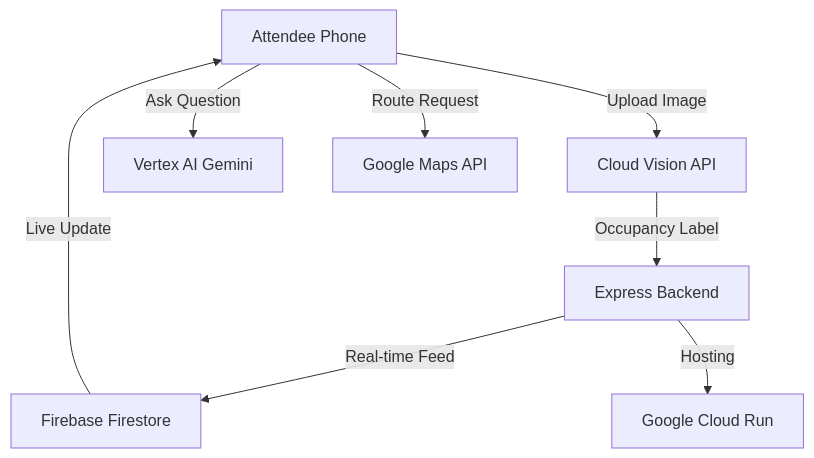
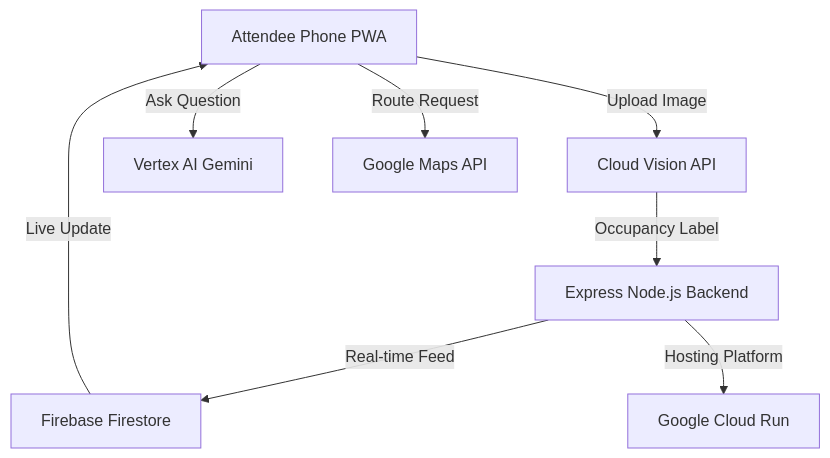
The diagram in README.md (abhishekdecodes/Crowdflow), drawn with Mermaid before and after one commit. The commit also changed other lines of this file, not shown here.

````diff
--- a/README.md
+++ b/README.md
@@ -9,10 +20,10 @@
 ```mermaid
 graph TD
-    A[Attendee Phone] -->|Upload Image| B[Cloud Vision API]
+    A[Attendee Phone PWA] -->|Upload Image| B[Cloud Vision API]
     A -->|Ask Question| C[Vertex AI Gemini]
-    B -->|Occupancy Label| D[Express Backend]
+    B -->|Occupancy Label| D[Express Node.js Backend]
     D -->|Real-time Feed| E[Firebase Firestore]
     E -->|Live Update| A
     A -->|Route Request| F[Google Maps API]
-    D -->|Hosting| G[Google Cloud Run]
+    D -->|Hosting Platform| G[Google Cloud Run]
 ```
````
